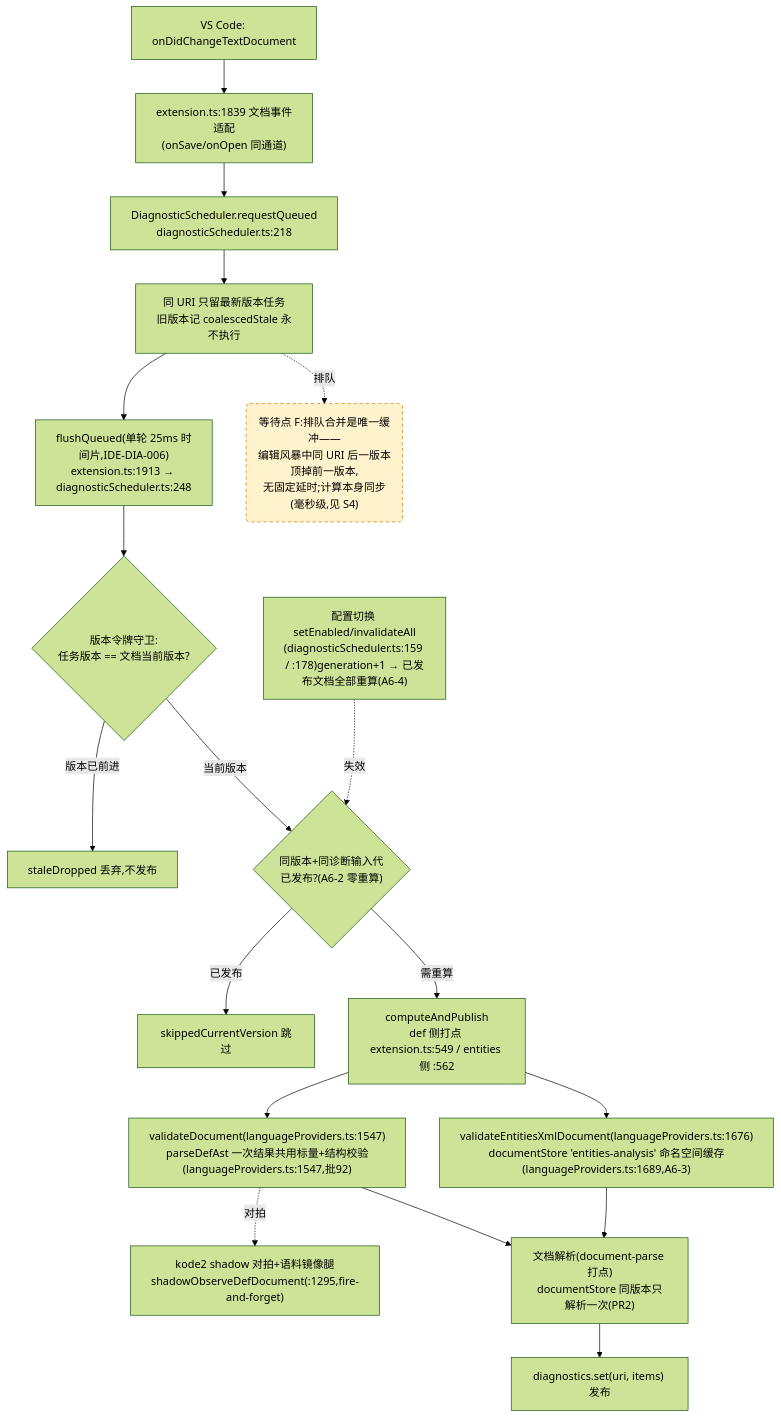
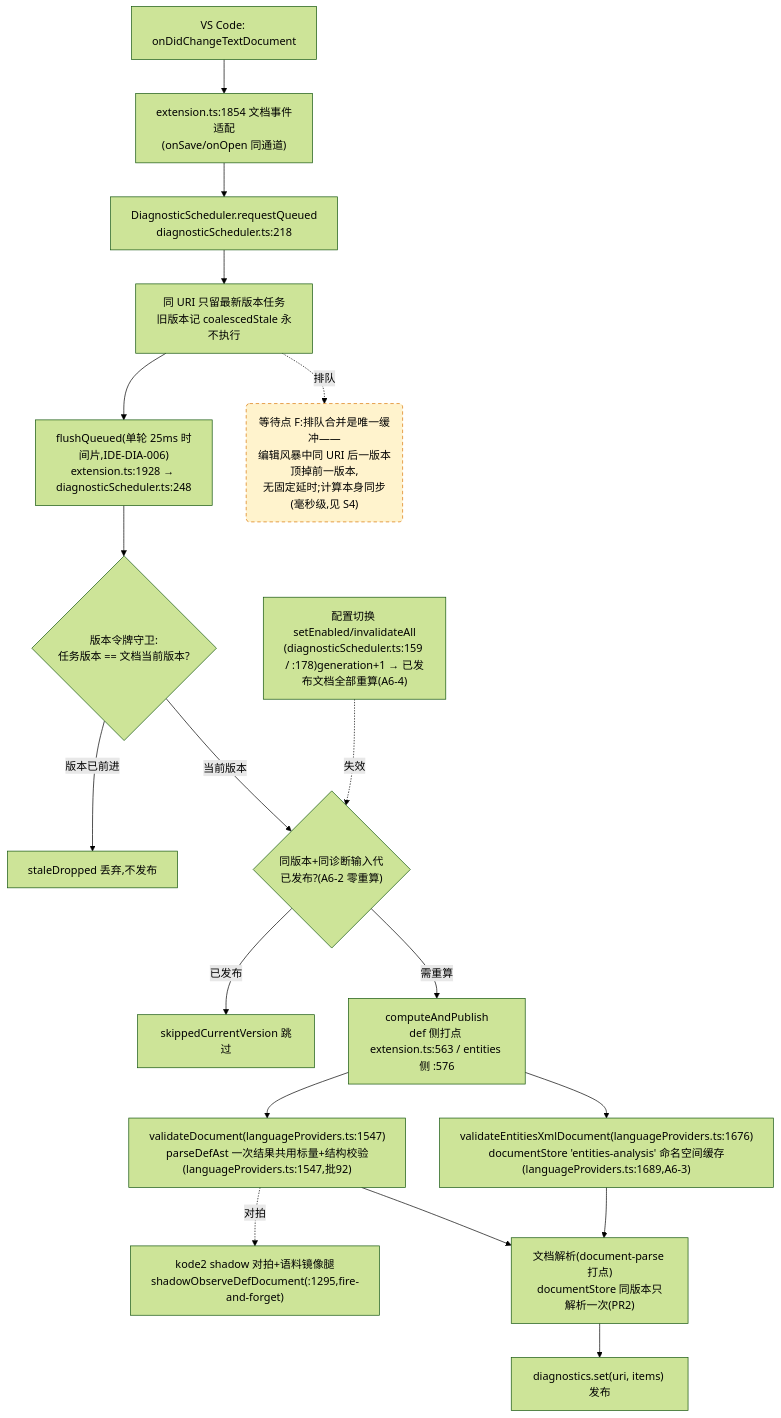
The fourth of 4 diagrams in docs/perf/2026-baseline.md (cuihairu/kode), drawn with Mermaid (forest theme) before and after one commit. The commit also changed other lines of this file and 3 other files, not shown here.

First line of the commit message:
fix: flush queued process topology diagnostics on edit (kode-aud-001)

````diff
--- a/docs/perf/2026-baseline.md
+++ b/docs/perf/2026-baseline.md
@@ -214,38 +214,38 @@
 ```mermaid
 flowchart TD
   CHG["VS Code: onDidChangeTextDocument"]
-  WATCH["extension.ts:1839 文档事件适配<br/>(onSave/onOpen 同通道)"]
+  WATCH["extension.ts:1854 文档事件适配<br/>(onSave/onOpen 同通道)"]
   RQ["DiagnosticScheduler.requestQueued<br/>diagnosticScheduler.ts:218"]
   CO["同 URI 只留最新版本任务<br/>旧版本记 coalescedStale 永不执行"]
-  FL["flushQueued(单轮 25ms 时间片,IDE-DIA-006)<br/>extension.ts:1913 → diagnosticScheduler.ts:248"]
+  FL["flushQueued(单轮 25ms 时间片,IDE-DIA-006)<br/>extension.ts:1928 → diagnosticScheduler.ts:248"]
   VG{"版本令牌守卫:<br/>任务版本 == 文档当前版本?"}
   DROP["staleDropped 丢弃,不发布"]
   GEN{"同版本+同诊断输入代<br/>已发布?(A6-2 零重算)"}
   SKIP["skippedCurrentVersion 跳过"]
-  CALC["computeAndPublish<br/>def 侧打点 extension.ts:549 / entities 侧 :562"]
+  CALC["computeAndPublish<br/>def 侧打点 extension.ts:563 / entities 侧 :576"]
   VD["validateDocument(languageProviders.ts:1547)<br/>parseDefAst 一次结果共用标量+结构校验(languageProviders.ts:1547,批92)"]
   VEX["validateEntitiesXmlDocument(languageProviders.ts:1676)<br/>documentStore 'entities-analysis' 命名空间缓存(languageProviders.ts:1689,A6-3)"]
   SHDD["kode2 shadow 对拍+语料镜像腿<br/>shadowObserveDefDocument(:1295,fire-and-forget)"]
   DS["文档解析(document-parse 打点)<br/>documentStore 同版本只解析一次(PR2)"]
   PUB["diagnostics.set(uri, items) 发布"]
   CFG2["配置切换 setEnabled/invalidateAll<br/>(diagnosticScheduler.ts:159 / :178)generation+1 → 已发布文档全部重算(A6-4)"]
 
   CHG --> WATCH --> RQ --> CO --> FL --> VG
   VG -- "版本已前进" --> DROP
   VG -- "当前版本" --> GEN
   GEN -- "已发布" --> SKIP
   GEN -- "需重算" --> CALC
   CALC --> VD
   CALC --> VEX
   VD --> DS
   VEX --> DS
   DS --> PUB
   VD -.->|对拍| SHDD
   CFG2 -.->|失效| GEN
 
   WAITF("等待点 F:排队合并是唯一缓冲——<br/>编辑风暴中同 URI 后一版本顶掉前一版本,<br/>无固定延时;计算本身同步(毫秒级,见 S4)")
   CO -.->|排队| WAITF
 
   classDef waitPoint fill:#fff3cd,stroke:#d97706,stroke-dasharray:5 4;
   class WAITF waitPoint;
 ```
````
